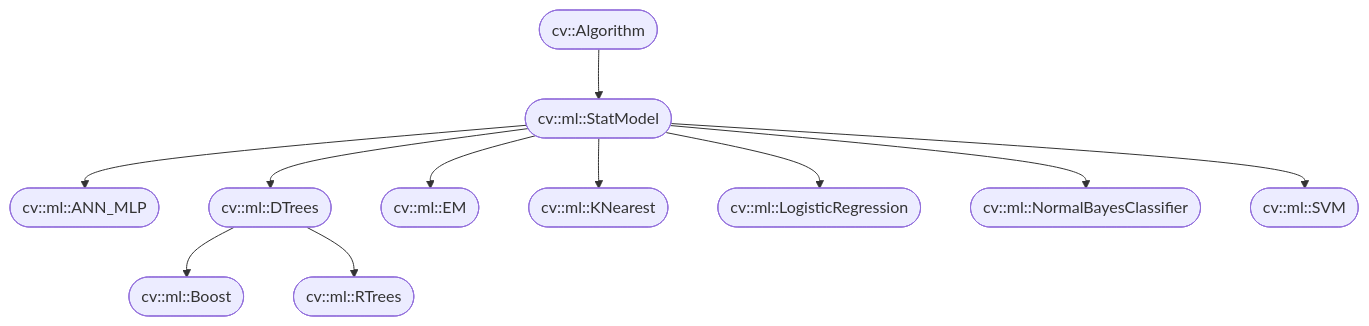
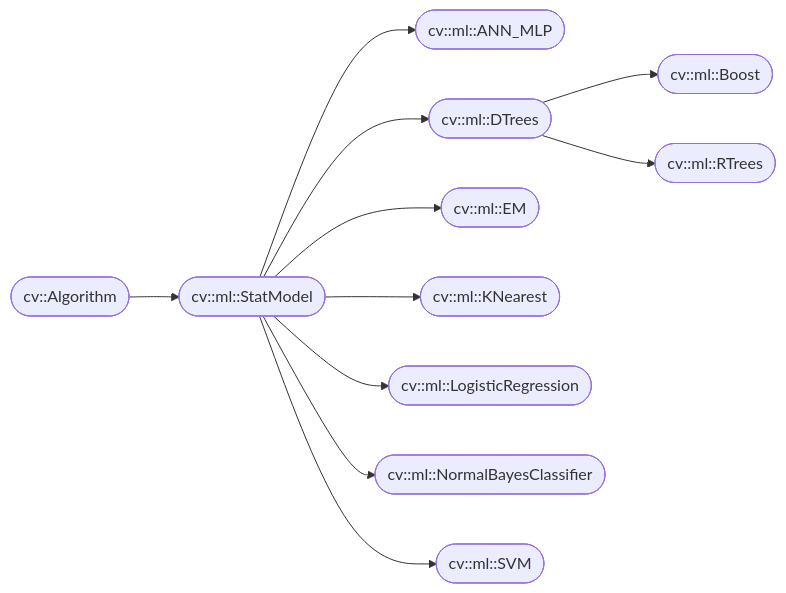
Before and after one commit to Sun-ZhenXing/vuepress-opencv-notes: the first of 2 diagrams in docs/learn-opencv-by-building-projects/chapter06/index.md, drawn with Mermaid. The commit also changed other lines of this file and 15 other files, not shown here.

````diff
--- a/docs/learn-opencv-by-building-projects/chapter06/index.md
+++ b/docs/learn-opencv-by-building-projects/chapter06/index.md
@@ -55,8 +57,8 @@
 ```mermaid
-graph TD
+graph LR
     Algorithm(["cv::Algorithm"]) -->
     StatModel(["cv::ml::StatModel"]) -->
     ANN_MLP(["cv::ml::ANN_MLP"]) & DTrees(["cv::ml::DTrees"]) & EM(["cv::ml::EM"]) & KNearest(["cv::ml::KNearest"]) & LogisticRegression(["cv::ml::LogisticRegression"]) & NormalBayesClassifier(["cv::ml::NormalBayesClassifier"]) & SVM(["cv::ml::SVM"])
     DTrees -->
     Boost(["cv::ml::Boost"]) & RTrees(["cv::ml::RTrees"])
 ```
````
